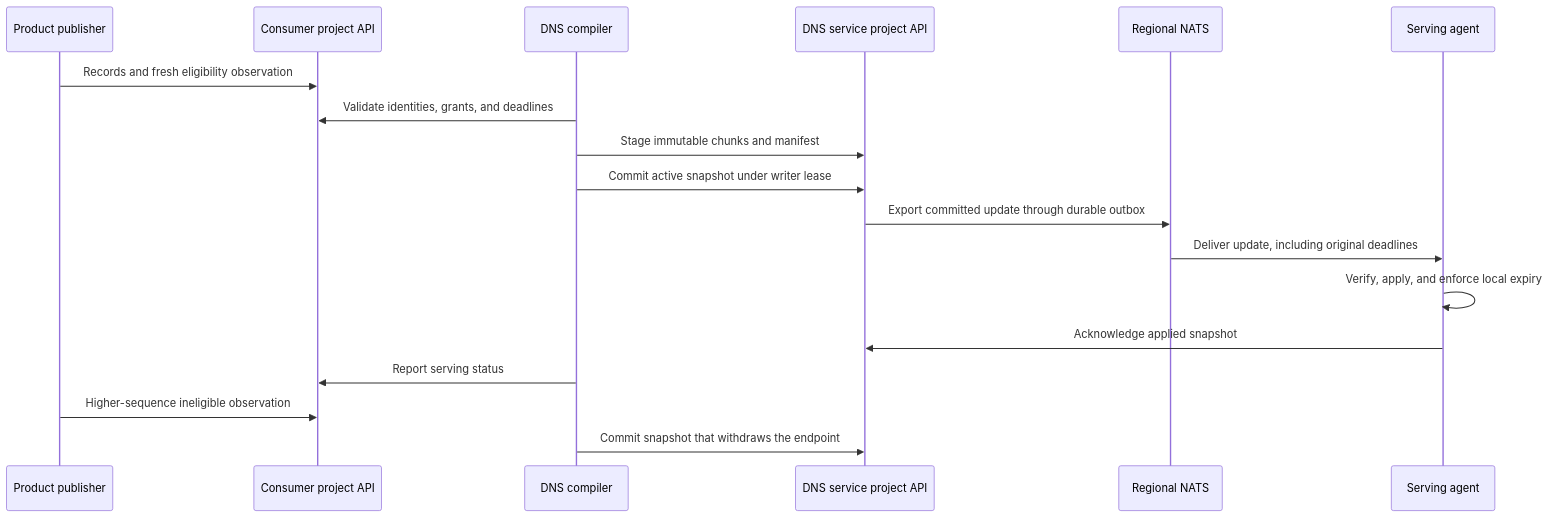
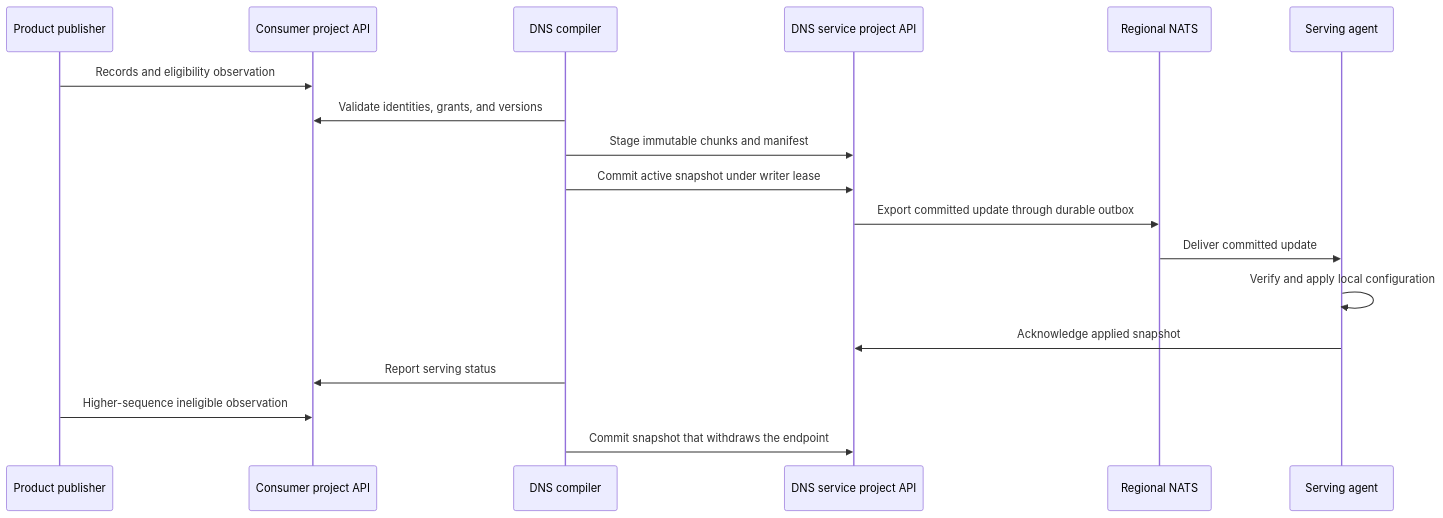
Before and after one commit to datum-cloud/dns-operator: the fourth of 4 diagrams in docs/architecture/internal-dns/README.md, drawn with Mermaid. The commit also changed other lines of this file, not shown here.

Commit message:
Document persistent internal DNS serving during control plane outages

````diff
--- a/docs/architecture/internal-dns/README.md
+++ b/docs/architecture/internal-dns/README.md
@@ -195,20 +198,20 @@
 ```mermaid
 sequenceDiagram
   participant Product as Product publisher
   participant Project as Consumer project API
   participant DNS as DNS compiler
   participant Store as DNS service project API
   participant Transport as Regional NATS
   participant Agent as Serving agent
-  Product->>Project: Records and fresh eligibility observation
-  DNS->>Project: Validate identities, grants, and deadlines
+  Product->>Project: Records and eligibility observation
+  DNS->>Project: Validate identities, grants, and versions
   DNS->>Store: Stage immutable chunks and manifest
   DNS->>Store: Commit active snapshot under writer lease
   Store->>Transport: Export committed update through durable outbox
-  Transport->>Agent: Deliver update, including original deadlines
-  Agent->>Agent: Verify, apply, and enforce local expiry
+  Transport->>Agent: Deliver committed update
+  Agent->>Agent: Verify and apply local configuration
   Agent->>Store: Acknowledge applied snapshot
   DNS->>Project: Report serving status
   Product->>Project: Higher-sequence ineligible observation
   DNS->>Store: Commit snapshot that withdraws the endpoint
 ```
````
